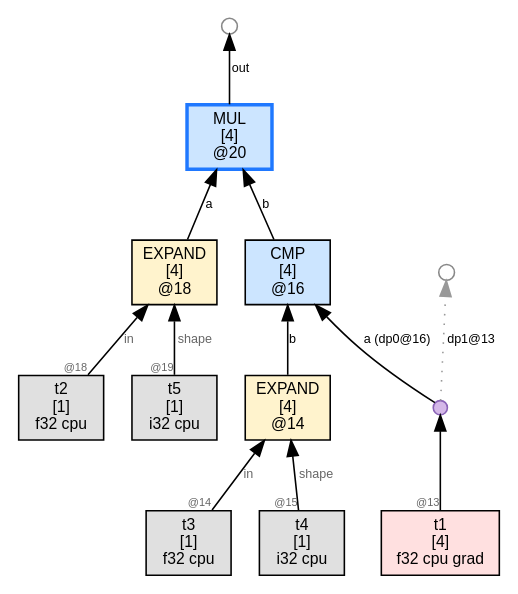
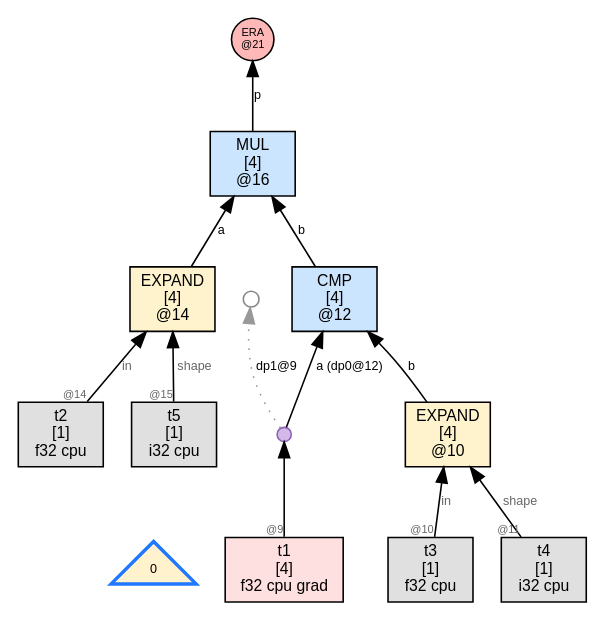
One commit to sw1sh/TinyHVM changed the diagram in wl/examples/thvm_graphs/grad_rules/relu/thvm_1_post_reduce.dot. Above: the diagram before and after it, drawn with Graphviz. The commit also changed 261 other files, not shown here.

```diff
--- a/wl/examples/thvm_graphs/grad_rules/relu/thvm_1_post_reduce.dot
+++ b/wl/examples/thvm_graphs/grad_rules/relu/thvm_1_post_reduce.dot
@@ -1,29 +1,30 @@
 digraph G {
   rankdir=BT;
   node [fontname="Helvetica", fontsize=10, style=filled, shape=box, margin="0.1,0.05"];
   edge [fontsize=8, fontname="Helvetica"];
 
-  n20 [label="MUL\n[4]\n@20", shape=box, fillcolor="#cce5ff",color="#1f78ff",penwidth=2.2];
-  n18 -> n20 [label="a"];
-  n16 -> n20 [label="b"];
-  free20_1000 [label="",shape=circle,width=0.14,height=0.14,fixedsize=true,fillcolor="#ffffff",color="#888888",fontsize=1];
-  n20 -> free20_1000 [label="out"];
+  num_root [label="0",shape=triangle,fillcolor="#fff2cc",fontsize=8,color="#1f78ff",penwidth=2.2];
+  n10 [label="EXPAND\n[4]\n@10", shape=box, fillcolor="#fff3cd"];
+  t3 [label="t3\n[1]\nf32 cpu",shape=box,fillcolor="#e0e0e0"];
+  t3 -> n10 [label="in",taillabel="@10",labelfontsize=7,fontcolor="#666666"];
+  t4 [label="t4\n[1]\ni32 cpu",shape=box,fillcolor="#e0e0e0"];
+  t4 -> n10 [label="shape",taillabel="@11",labelfontsize=7,fontcolor="#666666"];
   n14 [label="EXPAND\n[4]\n@14", shape=box, fillcolor="#fff3cd"];
-  t3 [label="t3\n[1]\nf32 cpu",shape=box,fillcolor="#e0e0e0"];
-  t3 -> n14 [label="in",taillabel="@14",labelfontsize=7,fontcolor="#666666"];
-  t4 [label="t4\n[1]\ni32 cpu",shape=box,fillcolor="#e0e0e0"];
-  t4 -> n14 [label="shape",taillabel="@15",labelfontsize=7,fontcolor="#666666"];
-  n18 [label="EXPAND\n[4]\n@18", shape=box, fillcolor="#fff3cd"];
   t2 [label="t2\n[1]\nf32 cpu",shape=box,fillcolor="#e0e0e0"];
-  t2 -> n18 [label="in",taillabel="@18",labelfontsize=7,fontcolor="#666666"];
+  t2 -> n14 [label="in",taillabel="@14",labelfontsize=7,fontcolor="#666666"];
   t5 [label="t5\n[1]\ni32 cpu",shape=box,fillcolor="#e0e0e0"];
-  t5 -> n18 [label="shape",taillabel="@19",labelfontsize=7,fontcolor="#666666"];
-  n16 [label="CMP\n[4]\n@16", shape=box, fillcolor="#cce5ff"];
-  dup13 [label="", shape=circle, width=0.12, height=0.12, fixedsize=true, fillcolor="#d4b8e8", color="#8a63b7", fontsize=1];
-  freedup13_1 [label="",shape=circle,width=0.14,height=0.14,fixedsize=true,fillcolor="#ffffff",color="#888888",fontsize=1];
-  dup13 -> freedup13_1 [label="dp1@13",style=dotted,color="#999999"];
+  t5 -> n14 [label="shape",taillabel="@15",labelfontsize=7,fontcolor="#666666"];
+  n12 [label="CMP\n[4]\n@12", shape=box, fillcolor="#cce5ff"];
+  dup9 [label="", shape=circle, width=0.12, height=0.12, fixedsize=true, fillcolor="#d4b8e8", color="#8a63b7", fontsize=1];
+  freedup9_1 [label="",shape=circle,width=0.14,height=0.14,fixedsize=true,fillcolor="#ffffff",color="#888888",fontsize=1];
+  dup9 -> freedup9_1 [label="dp1@9",style=dotted,color="#999999"];
   t1 [label="t1\n[4]\nf32 cpu grad",shape=box,fillcolor="#ffe0e0"];
-  t1 -> dup13[label="",taillabel="@13",labelfontsize=7,fontcolor="#666666"];
-  dup13 -> n16 [label="a (dp0@16)"];
-  n14 -> n16 [label="b"];
+  t1 -> dup9[label="",taillabel="@9",labelfontsize=7,fontcolor="#666666"];
+  dup9 -> n12 [label="a (dp0@12)"];
+  n10 -> n12 [label="b"];
+  n16 [label="MUL\n[4]\n@16", shape=box, fillcolor="#cce5ff"];
+  n14 -> n16 [label="a"];
+  n12 -> n16 [label="b"];
+  era21 [label="ERA\n@21",shape=circle,width=0.38,height=0.38,fixedsize=true,fillcolor="#ffb8b8",fontsize=7];
+  n16 -> era21 [label="p"];
 }
```
